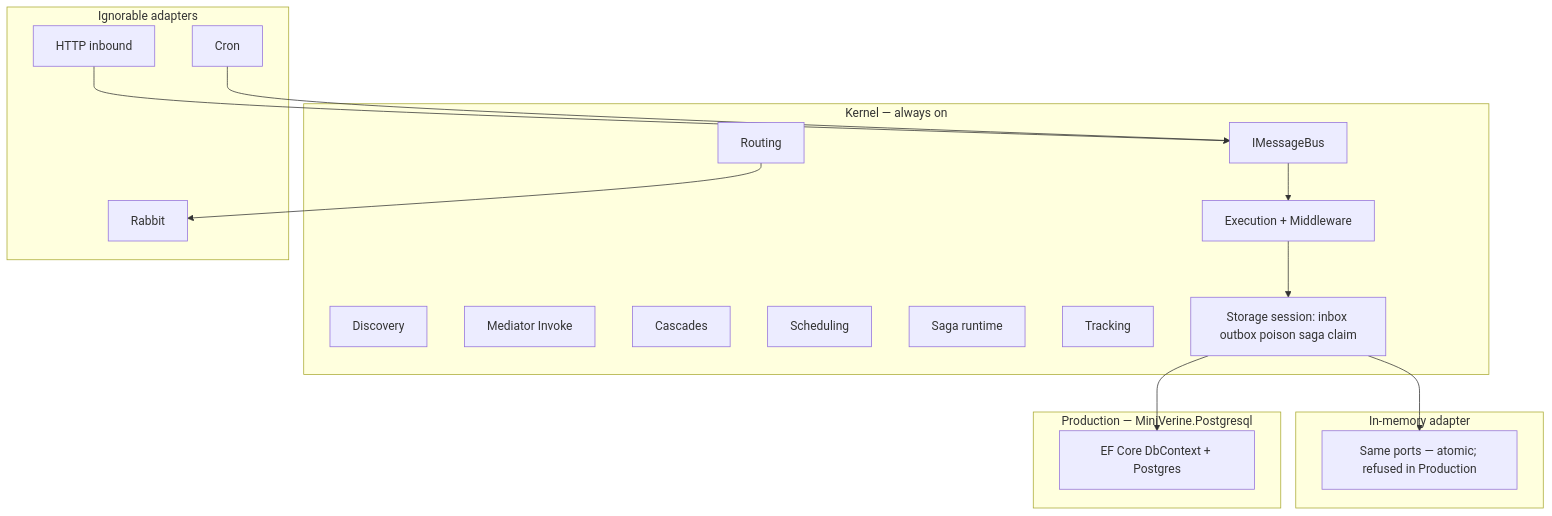
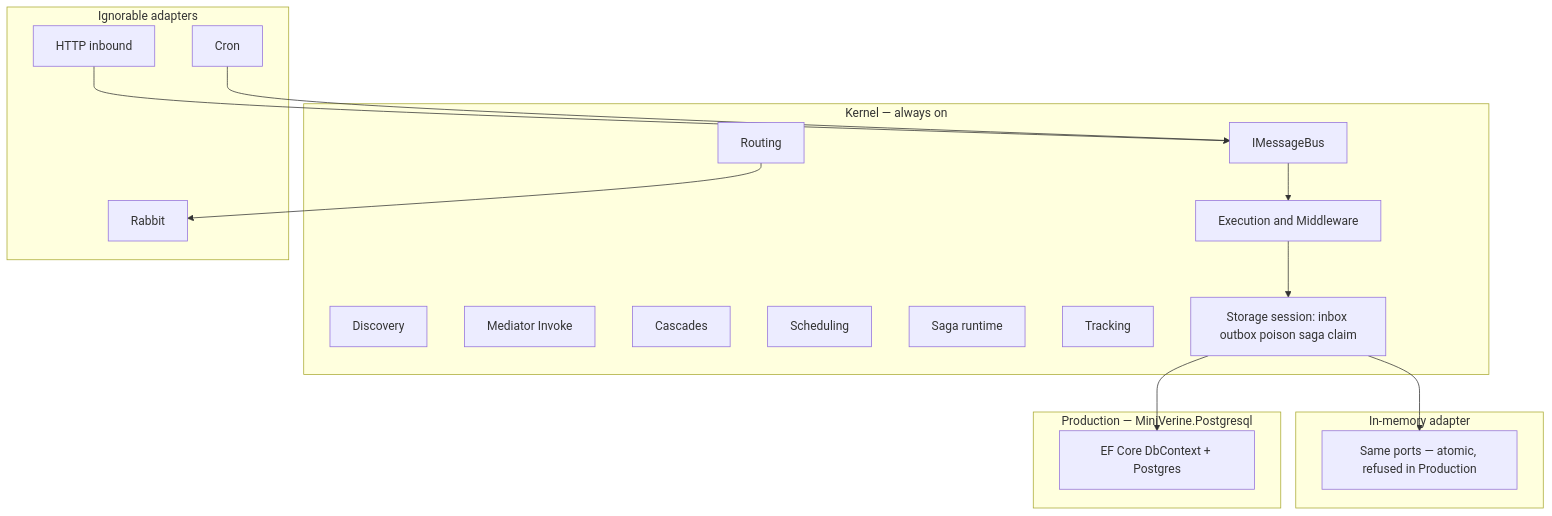
One commit to charliemartin0/Miniverine changed the first of 3 diagrams in specs/miniverine-12-month-kernel.md. Above: the diagram before and after it, drawn with Mermaid. The commit also changed other lines of this file and 10 other files, not shown here.

````diff
--- a/specs/miniverine-12-month-kernel.md
+++ b/specs/miniverine-12-month-kernel.md
@@ -121,33 +121,33 @@
 ```mermaid
 flowchart TB
   subgraph Kernel["Kernel — always on"]
     Disc[Discovery]
     Bus[IMessageBus]
     Med[Mediator Invoke]
     Cas[Cascades]
     Rt[Routing]
-    Ex[Execution + Middleware]
+    Ex[Execution and Middleware]
     Sch[Scheduling]
     Sg[Saga runtime]
     Tr[Tracking]
     Ports[Storage session: inbox outbox poison saga claim]
   end
   subgraph Mem["In-memory adapter"]
-    IM[Same ports — atomic; refused in Production]
+    IM[Same ports — atomic, refused in Production]
   end
   subgraph Prod["Production — MiniVerine.Postgresql"]
     EF[EF Core DbContext + Postgres]
   end
   subgraph Ignore["Ignorable adapters"]
     Rb[Rabbit]
     Ht[HTTP inbound]
     Cr[Cron]
   end
   Bus --> Ex
   Ex --> Ports
   Ports --> IM
   Ports --> EF
   Rt --> Rb
   Ht --> Bus
   Cr --> Bus
 ```
````
